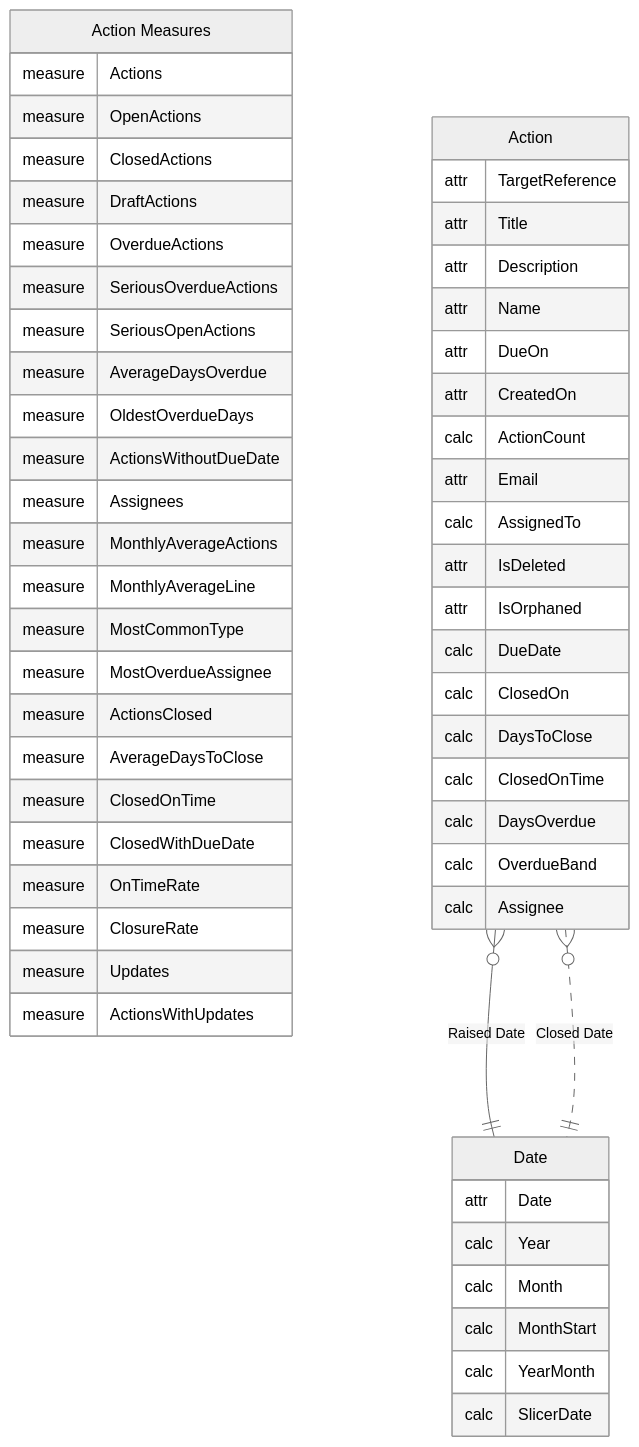
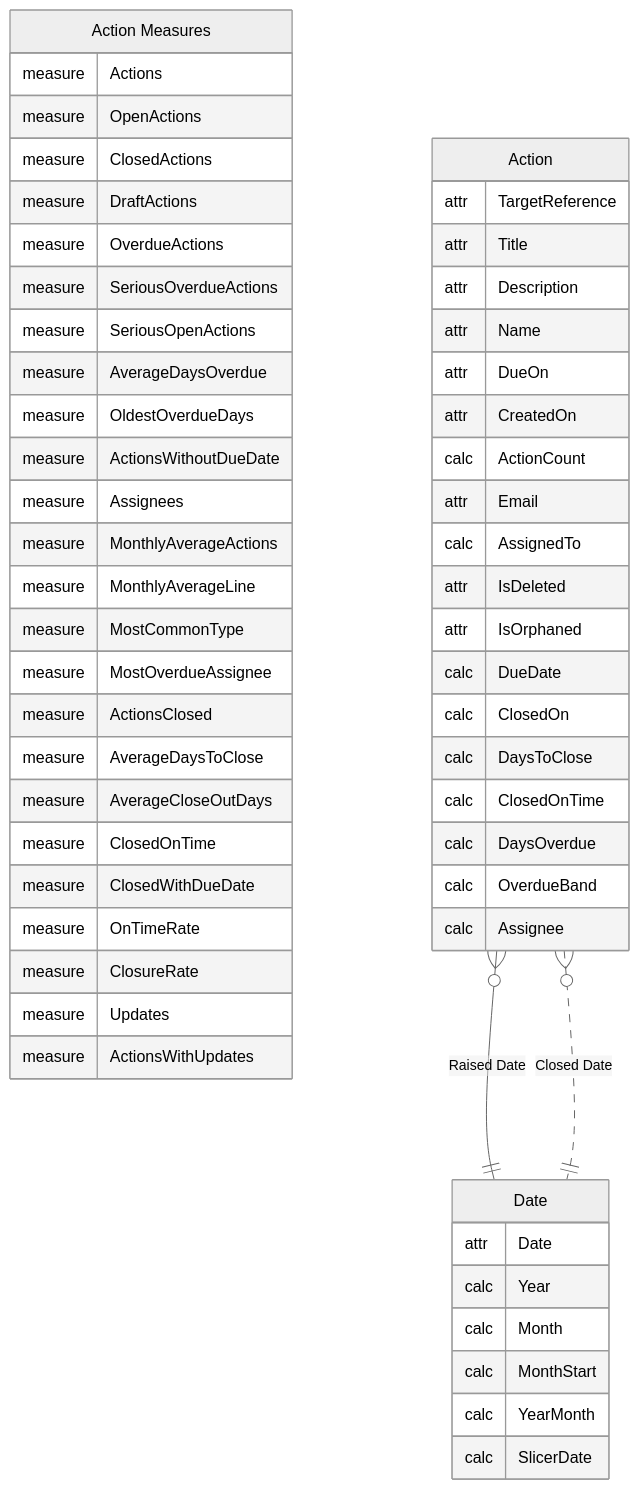
Before and after one commit to adrian-work-wallet/BIClient: the second of 2 diagrams in PowerBISamplesModels/Actions.md, drawn with Mermaid. The commit also changed 6 other files, not shown here.

````diff
--- a/PowerBISamplesModels/Actions.md
+++ b/PowerBISamplesModels/Actions.md
@@ -58,62 +58,63 @@
 ```mermaid
 ---
 config:
   theme: neutral
 ---
 erDiagram
     "Date" {
         attr Date
         calc Year
         calc Month
         calc MonthStart
         calc YearMonth
         calc SlicerDate
     }
     "Action Measures" {
         measure Actions
         measure OpenActions
         measure ClosedActions
         measure DraftActions
         measure OverdueActions
         measure SeriousOverdueActions
         measure SeriousOpenActions
         measure AverageDaysOverdue
         measure OldestOverdueDays
         measure ActionsWithoutDueDate
         measure Assignees
         measure MonthlyAverageActions
         measure MonthlyAverageLine
         measure MostCommonType
         measure MostOverdueAssignee
         measure ActionsClosed
         measure AverageDaysToClose
+        measure AverageCloseOutDays
         measure ClosedOnTime
         measure ClosedWithDueDate
         measure OnTimeRate
         measure ClosureRate
         measure Updates
         measure ActionsWithUpdates
     }
     "Action" {
         attr TargetReference
         attr Title
         attr Description
         attr Name
         attr DueOn
         attr CreatedOn
         calc ActionCount
         attr Email
         calc AssignedTo
         attr IsDeleted
         attr IsOrphaned
         calc DueDate
         calc ClosedOn
         calc DaysToClose
         calc ClosedOnTime
         calc DaysOverdue
         calc OverdueBand
         calc Assignee
     }
     "Action" }o--|| "Date" : "Raised Date"
     "Action" }o..|| "Date" : "Closed Date"
 ```
````
